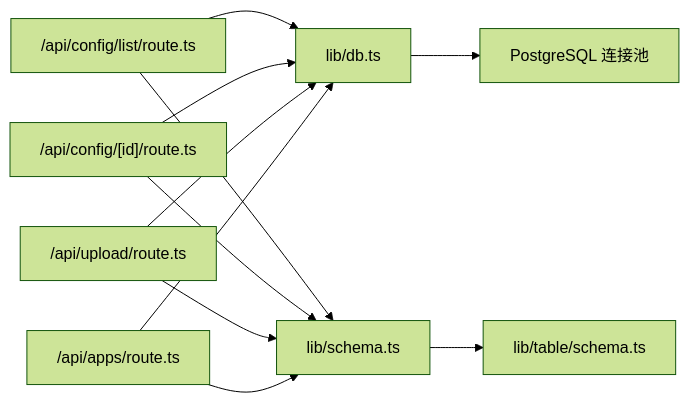
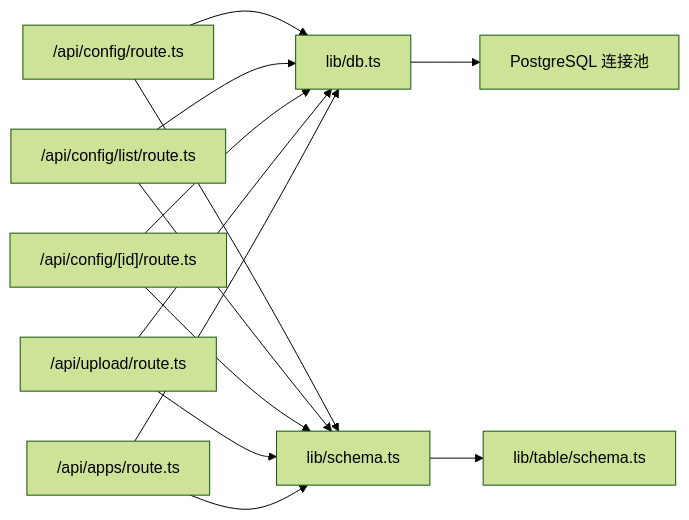
The sixth of 6 diagrams in .qoder/repowiki/zh/content/数据库集成/API 接口设计/配置管理 API.md (HAOFUYANG/nextjs-admin), drawn with Mermaid (forest theme) before and after one commit. The commit also changed other lines of this file and 25 other files, not shown here.

````diff
--- a/.qoder/repowiki/zh/content/数据库集成/API 接口设计/配置管理 API.md
+++ b/.qoder/repowiki/zh/content/数据库集成/API 接口设计/配置管理 API.md
@@ -415,13 +471,15 @@
 ```mermaid
 graph LR
-CONFIG_LIST["/api/config/list/route.ts"] --> DB["lib/db.ts"]
+CONFIG_CREATE["/api/config/route.ts"] --> DB["lib/db.ts"]
+CONFIG_LIST["/api/config/list/route.ts"] --> DB
 CONFIG_ID["/api/config/[id]/route.ts"] --> DB
 UPLOAD["/api/upload/route.ts"] --> DB
 APPS["/api/apps/route.ts"] --> DB
 DB --> PG["PostgreSQL 连接池"]
-CONFIG_LIST --> SCHEMA["lib/schema.ts"]
+CONFIG_CREATE --> SCHEMA["lib/schema.ts"]
+CONFIG_LIST --> SCHEMA
 CONFIG_ID --> SCHEMA
 UPLOAD --> SCHEMA
 APPS --> SCHEMA
 SCHEMA --> TBL["lib/table/schema.ts"]
 ```
````
